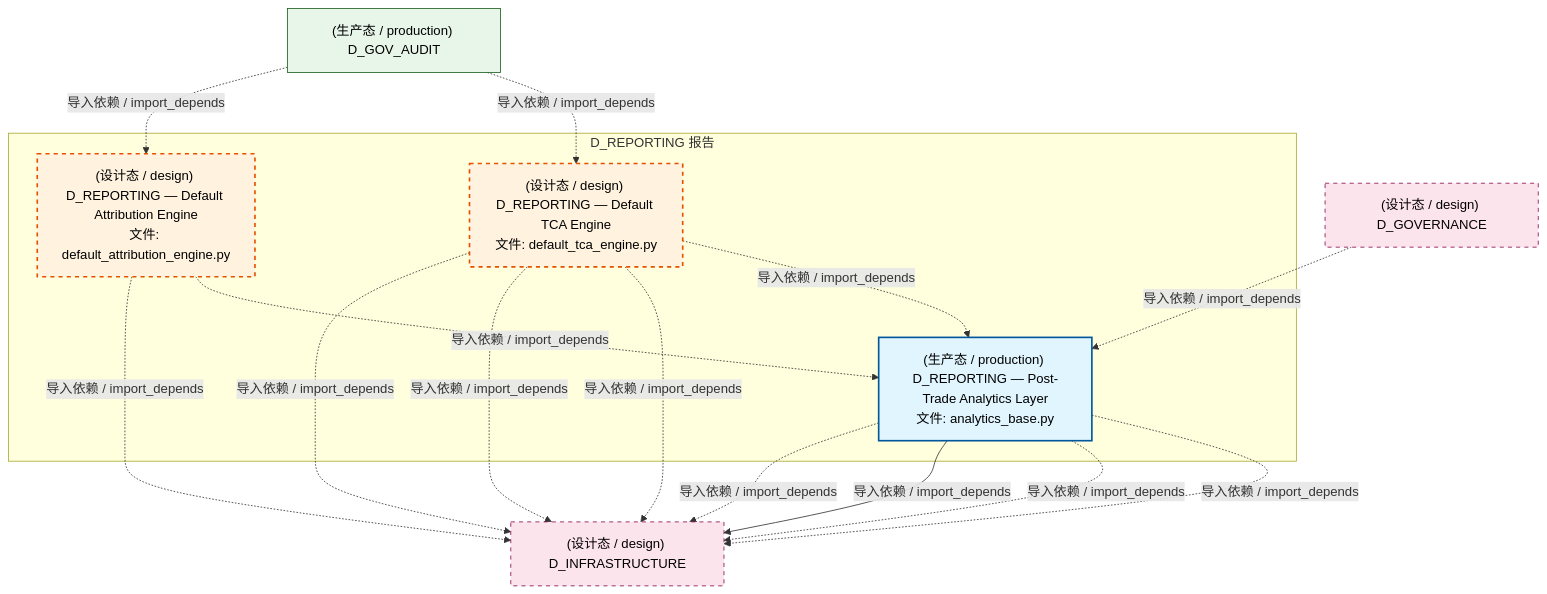
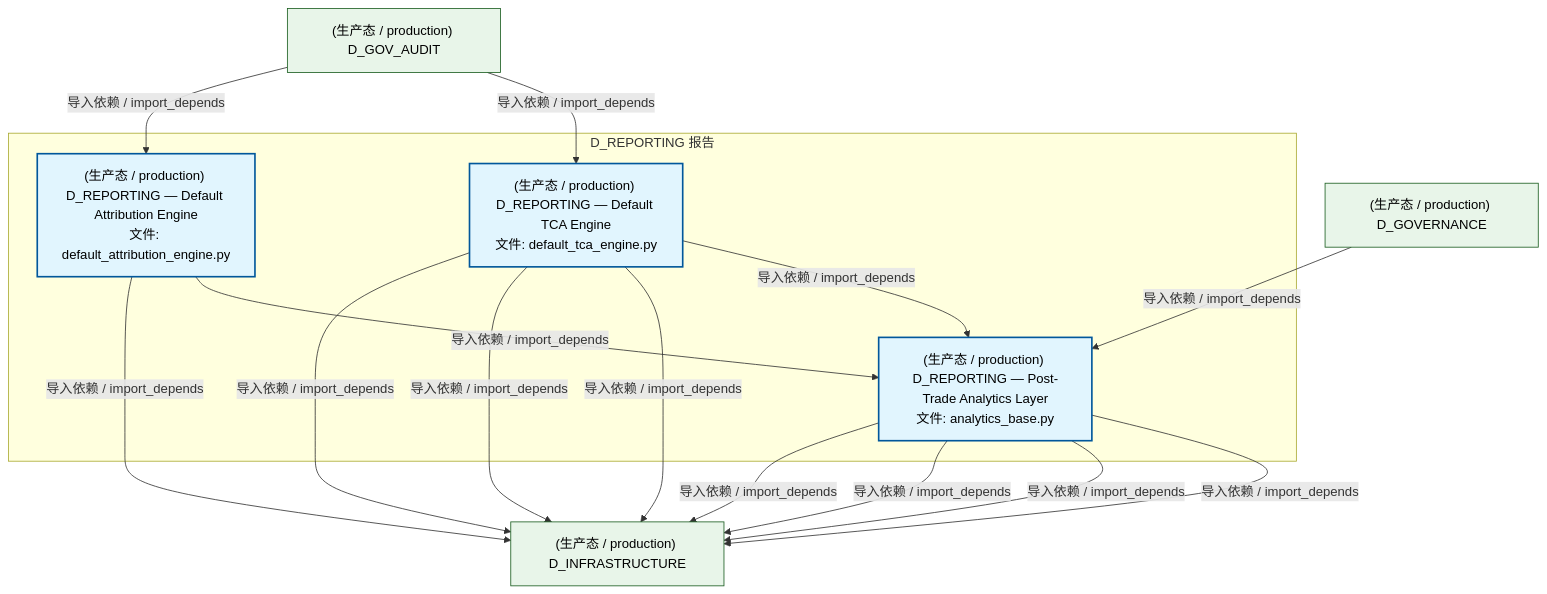
Before and after one commit to xuanFelixVan/ZephyrAlpha: the first of 3 diagrams in docs/02_enterprise_architecture/02_domain_architecture_docs/23_d_reporting.md, drawn with Mermaid. The commit also changed other lines of this file and 128 other files, not shown here.

````diff
--- a/docs/02_enterprise_architecture/02_domain_architecture_docs/23_d_reporting.md
+++ b/docs/02_enterprise_architecture/02_domain_architecture_docs/23_d_reporting.md
@@ -64,32 +63,30 @@
 ```mermaid
 graph TD
     subgraph D_REPORTING["D_REPORTING 报告"]
         src_zephyr_reporting_analytics_base_py["(生产态 / production) D_REPORTING — Post-Trade Analytics Layer<br/>文件: analytics_base.py"]
-        src_zephyr_reporting_default_attribution_engine_py["(设计态 / design) D_REPORTING — Default Attribution Engine<br/>文件: default_attribution_engine.py"]
-        src_zephyr_reporting_default_tca_engine_py["(设计态 / design) D_REPORTING — Default TCA Engine<br/>文件: default_tca_engine.py"]
+        src_zephyr_reporting_default_attribution_engine_py["(生产态 / production) D_REPORTING — Default Attribution Engine<br/>文件: default_attribution_engine.py"]
+        src_zephyr_reporting_default_tca_engine_py["(生产态 / production) D_REPORTING — Default TCA Engine<br/>文件: default_tca_engine.py"]
     end
-    src_zephyr_reporting_default_attribution_engine_py -.->|导入依赖 / import_depends| src_zephyr_reporting_analytics_base_py
-    src_zephyr_reporting_default_tca_engine_py -.->|导入依赖 / import_depends| src_zephyr_reporting_analytics_base_py
-    D_INFRASTRUCTURE["(设计态 / design) D_INFRASTRUCTURE"]
-    src_zephyr_reporting_analytics_base_py -.->|导入依赖 / import_depends| D_INFRASTRUCTURE
-    src_zephyr_reporting_default_tca_engine_py -.->|导入依赖 / import_depends| D_INFRASTRUCTURE
-    src_zephyr_reporting_analytics_base_py -.->|导入依赖 / import_depends| D_INFRASTRUCTURE
-    src_zephyr_reporting_default_tca_engine_py -.->|导入依赖 / import_depends| D_INFRASTRUCTURE
+    src_zephyr_reporting_default_attribution_engine_py -->|导入依赖 / import_depends| src_zephyr_reporting_analytics_base_py
+    src_zephyr_reporting_default_tca_engine_py -->|导入依赖 / import_depends| src_zephyr_reporting_analytics_base_py
+    D_INFRASTRUCTURE["(生产态 / production) D_INFRASTRUCTURE"]
+    src_zephyr_reporting_default_tca_engine_py -->|导入依赖 / import_depends| D_INFRASTRUCTURE
     src_zephyr_reporting_analytics_base_py -->|导入依赖 / import_depends| D_INFRASTRUCTURE
-    src_zephyr_reporting_analytics_base_py -.->|导入依赖 / import_depends| D_INFRASTRUCTURE
-    src_zephyr_reporting_default_attribution_engine_py -.->|导入依赖 / import_depends| D_INFRASTRUCTURE
-    src_zephyr_reporting_default_tca_engine_py -.->|导入依赖 / import_depends| D_INFRASTRUCTURE
+    src_zephyr_reporting_default_tca_engine_py -->|导入依赖 / import_depends| D_INFRASTRUCTURE
+    src_zephyr_reporting_analytics_base_py -->|导入依赖 / import_depends| D_INFRASTRUCTURE
+    src_zephyr_reporting_analytics_base_py -->|导入依赖 / import_depends| D_INFRASTRUCTURE
+    src_zephyr_reporting_analytics_base_py -->|导入依赖 / import_depends| D_INFRASTRUCTURE
+    src_zephyr_reporting_default_attribution_engine_py -->|导入依赖 / import_depends| D_INFRASTRUCTURE
+    src_zephyr_reporting_default_tca_engine_py -->|导入依赖 / import_depends| D_INFRASTRUCTURE
     D_GOV_AUDIT["(生产态 / production) D_GOV_AUDIT"]
-    D_GOV_AUDIT -.->|导入依赖 / import_depends| src_zephyr_reporting_default_tca_engine_py
-    D_GOV_AUDIT -.->|导入依赖 / import_depends| src_zephyr_reporting_default_attribution_engine_py
-    D_GOVERNANCE["(设计态 / design) D_GOVERNANCE"]
-    D_GOVERNANCE -.->|导入依赖 / import_depends| src_zephyr_reporting_analytics_base_py
+    D_GOV_AUDIT -->|导入依赖 / import_depends| src_zephyr_reporting_default_tca_engine_py
+    D_GOVERNANCE["(生产态 / production) D_GOVERNANCE"]
+    D_GOVERNANCE -->|导入依赖 / import_depends| src_zephyr_reporting_analytics_base_py
+    D_GOV_AUDIT -->|导入依赖 / import_depends| src_zephyr_reporting_default_attribution_engine_py
     classDef production fill:#e1f5fe,stroke:#01579b,stroke-width:2px,color:#000
     classDef design fill:#fff3e0,stroke:#e65100,stroke-width:2px,color:#000,stroke-dasharray: 5 5
     classDef external_prod fill:#e8f5e9,stroke:#1b5e20,stroke-width:1px,color:#000
     classDef external_design fill:#fce4ec,stroke:#880e4f,stroke-width:1px,color:#000,stroke-dasharray: 5 5
-    class src_zephyr_reporting_analytics_base_py production
-    class src_zephyr_reporting_default_attribution_engine_py,src_zephyr_reporting_default_tca_engine_py design
-    class D_GOV_AUDIT external_prod
-    class D_INFRASTRUCTURE,D_GOVERNANCE external_design
+    class src_zephyr_reporting_analytics_base_py,src_zephyr_reporting_default_attribution_engine_py,src_zephyr_reporting_default_tca_engine_py production
+    class D_INFRASTRUCTURE,D_GOV_AUDIT,D_GOVERNANCE external_prod
 ```
````
